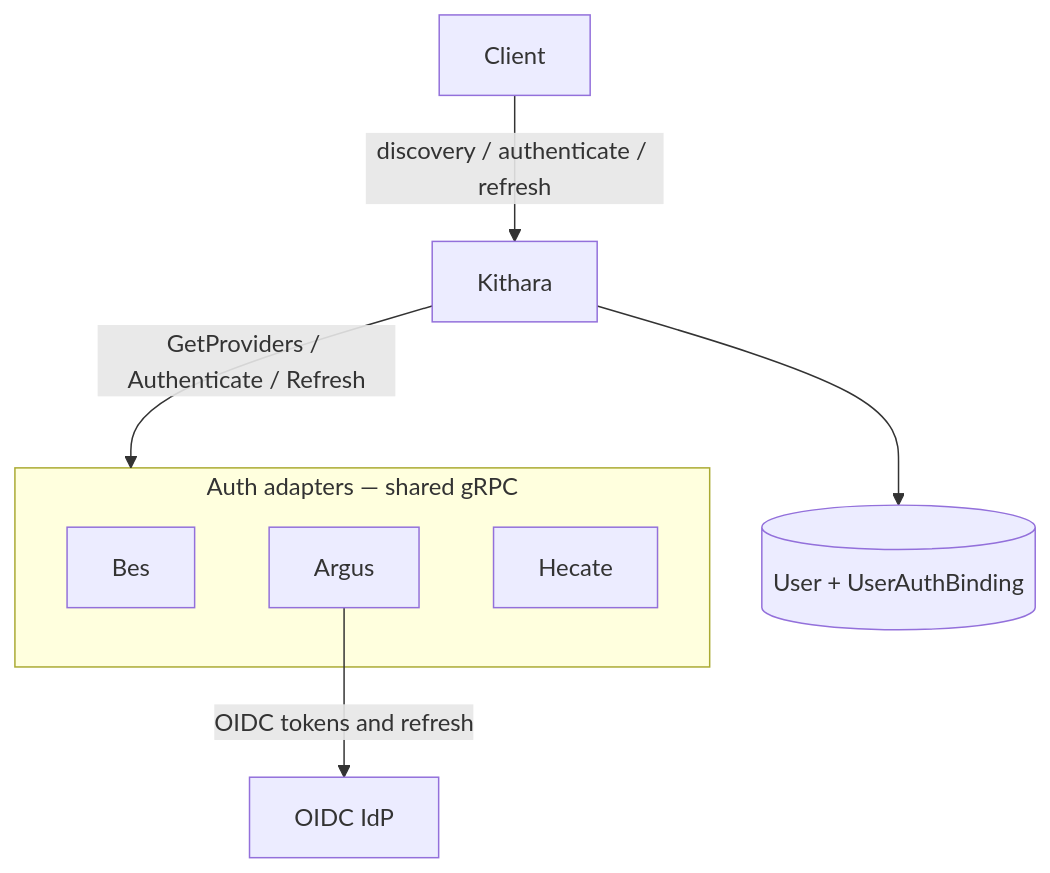
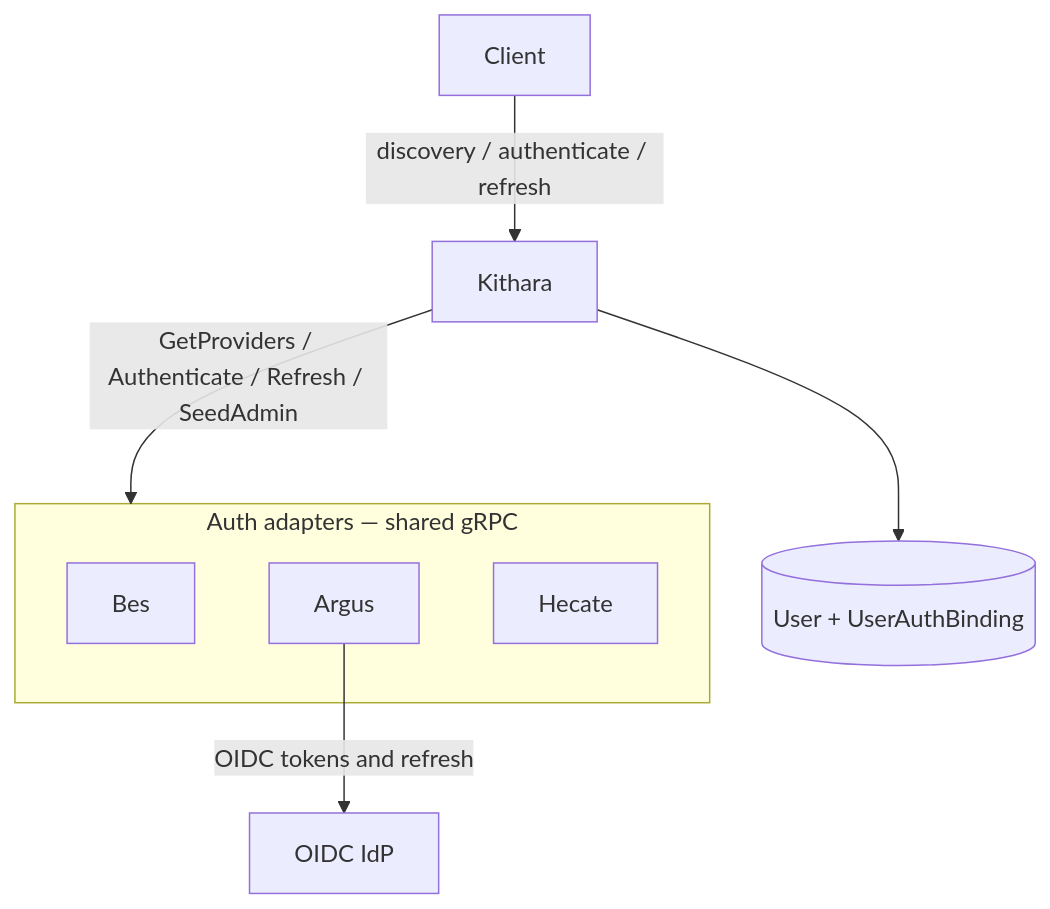
The diagram in docs/architecture/domains/auth-adapters.md (Bardie-radio/bardie-kithara), drawn with Mermaid before and after one commit. The commit also changed other lines of this file and 28 other files, not shown here.

````diff
--- a/docs/architecture/domains/auth-adapters.md
+++ b/docs/architecture/domains/auth-adapters.md
@@ -14,12 +15,12 @@
 ```mermaid
 flowchart TB
   Client -->|discovery / authenticate / refresh| Kithara
   Kithara --> DB[(User + UserAuthBinding)]
-  Kithara -->|"GetProviders / Authenticate / Refresh"| AuthBox
+  Kithara -->|"GetProviders / Authenticate / Refresh / SeedAdmin"| AuthBox
   subgraph AuthBox [Auth adapters — shared gRPC]
     Bes[Bes]
     Argus[Argus]
     Hecate[Hecate]
   end
   Argus -->|OIDC tokens and refresh| IdP[OIDC IdP]
 ```
````
